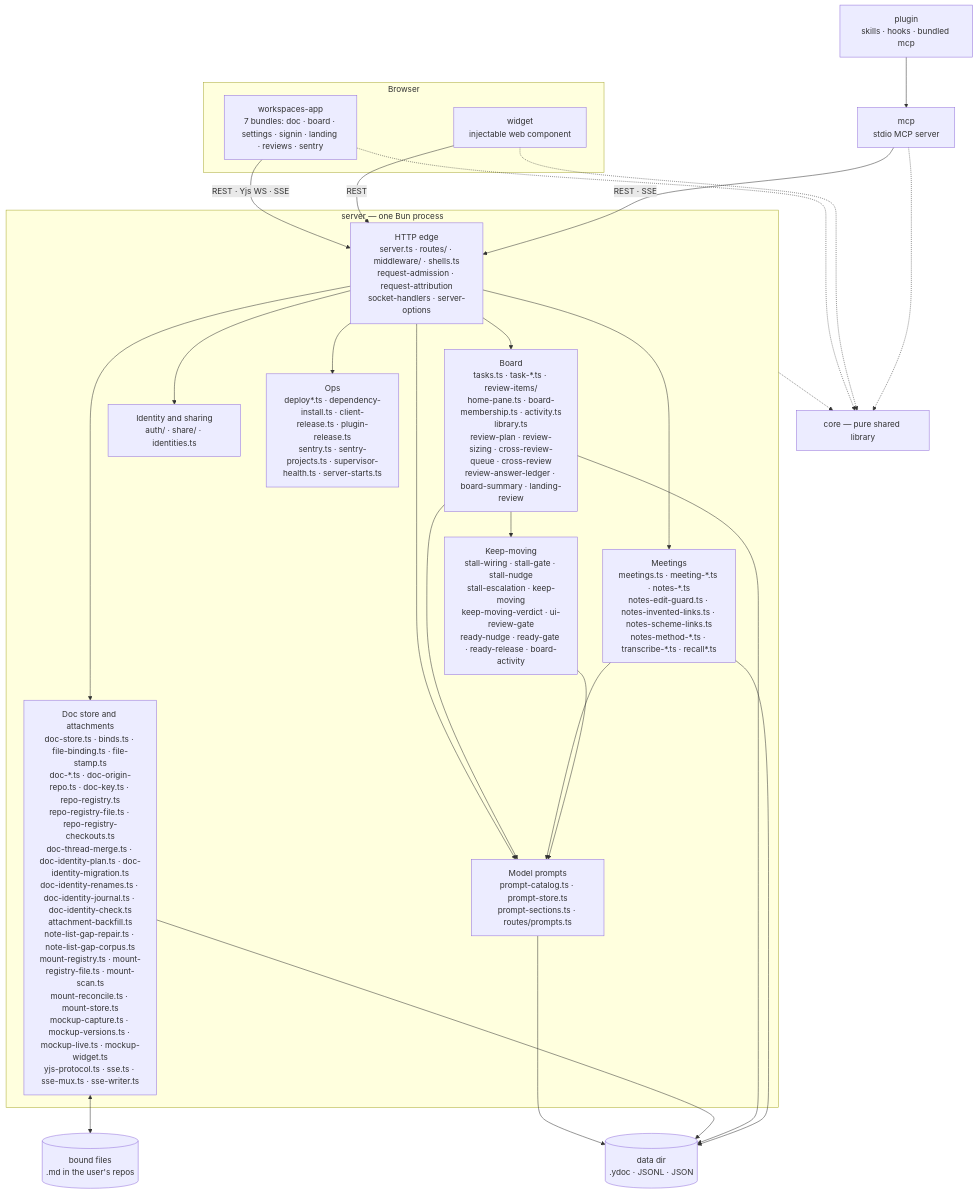
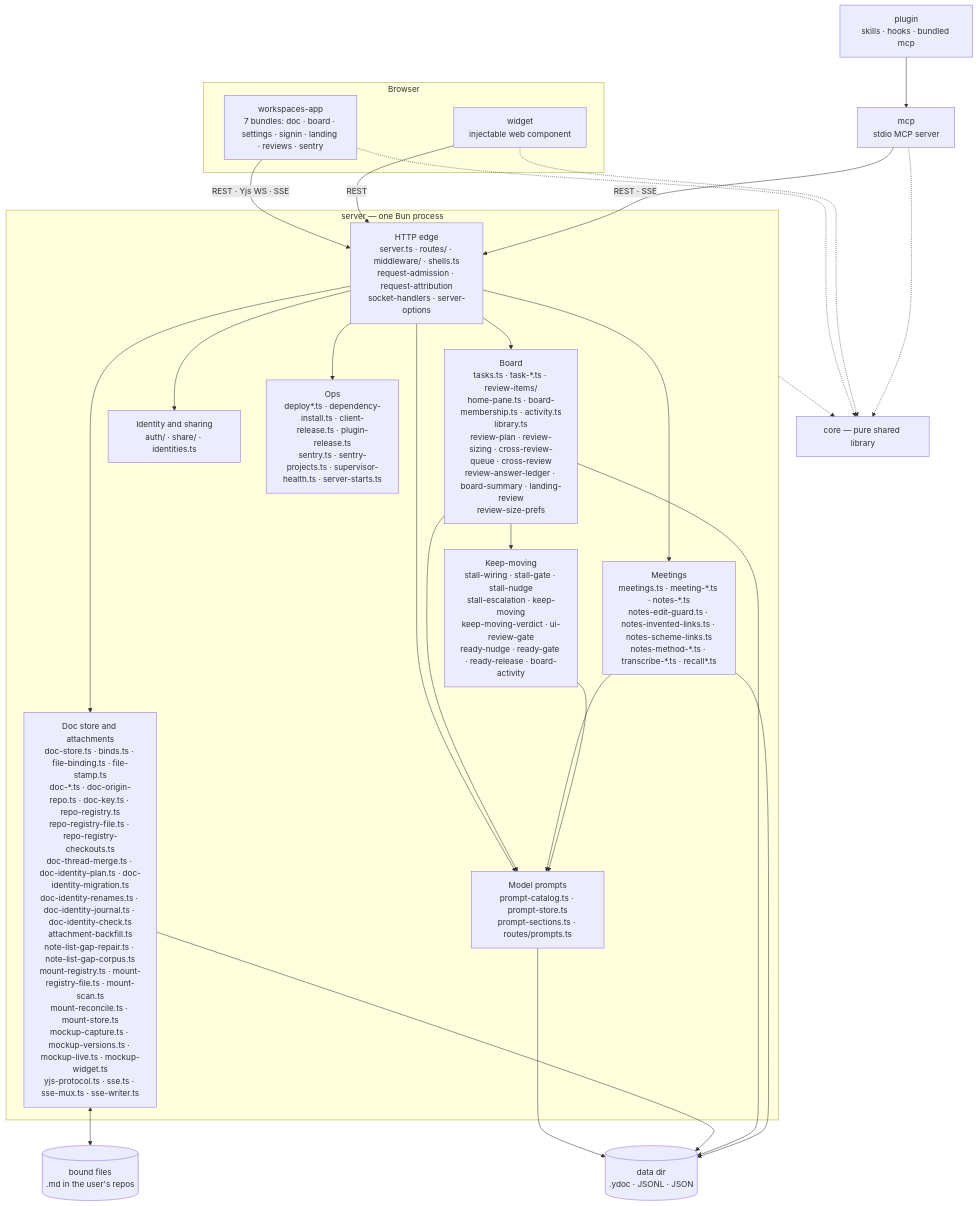
Before and after one commit to fryanpan/claude-workspaces-plugin: the first of 2 diagrams in docs/architecture/overview.md, drawn with Mermaid. The commit also changed other lines of this file and 7 other files, not shown here.

First line of the commit message:
The review size choice follows the signed-in person, stored on the server

````diff
--- a/docs/architecture/overview.md
+++ b/docs/architecture/overview.md
@@ -45,35 +45,35 @@
 ```mermaid
 flowchart TB
   subgraph browser[Browser]
     app["workspaces-app<br/>7 bundles: doc · board · settings · signin · landing · reviews · sentry"]
     wid["widget<br/>injectable web component"]
   end
   plug["plugin<br/>skills · hooks · bundled mcp"]
   mcp["mcp<br/>stdio MCP server"]
   subgraph srv["server — one Bun process"]
     edge["HTTP edge<br/>server.ts · routes/ · middleware/ · shells.ts<br/>request-admission · request-attribution<br/>socket-handlers · server-options"]
     docs["Doc store and attachments<br/>doc-store.ts · binds.ts · file-binding.ts · file-stamp.ts<br/>doc-*.ts · doc-origin-repo.ts · doc-key.ts · repo-registry.ts<br/>repo-registry-file.ts · repo-registry-checkouts.ts<br/>doc-thread-merge.ts · doc-identity-plan.ts · doc-identity-migration.ts<br/>doc-identity-renames.ts · doc-identity-journal.ts · doc-identity-check.ts<br/>attachment-backfill.ts<br/>note-list-gap-repair.ts · note-list-gap-corpus.ts<br/>mount-registry.ts · mount-registry-file.ts · mount-scan.ts<br/>mount-reconcile.ts · mount-store.ts<br/>mockup-capture.ts · mockup-versions.ts · mockup-live.ts · mockup-widget.ts<br/>yjs-protocol.ts · sse.ts · sse-mux.ts · sse-writer.ts"]
-    board["Board<br/>tasks.ts · task-*.ts · review-items/<br/>home-pane.ts · board-membership.ts · activity.ts<br/>library.ts<br/>review-plan · review-sizing · cross-review-queue · cross-review<br/>review-answer-ledger · board-summary · landing-review"]
+    board["Board<br/>tasks.ts · task-*.ts · review-items/<br/>home-pane.ts · board-membership.ts · activity.ts<br/>library.ts<br/>review-plan · review-sizing · cross-review-queue · cross-review<br/>review-answer-ledger · board-summary · landing-review<br/>review-size-prefs"]
     meet["Meetings<br/>meetings.ts · meeting-*.ts · notes-*.ts<br/>notes-edit-guard.ts · notes-invented-links.ts · notes-scheme-links.ts<br/>notes-method-*.ts · transcribe-*.ts · recall*.ts"]
     keep["Keep-moving<br/>stall-wiring · stall-gate · stall-nudge<br/>stall-escalation · keep-moving<br/>keep-moving-verdict · ui-review-gate<br/>ready-nudge · ready-gate · ready-release · board-activity"]
     ident["Identity and sharing<br/>auth/ · share/ · identities.ts"]
     prompts["Model prompts<br/>prompt-catalog.ts · prompt-store.ts<br/>prompt-sections.ts · routes/prompts.ts"]
     ops["Ops<br/>deploy*.ts · dependency-install.ts · client-release.ts · plugin-release.ts<br/>sentry.ts · sentry-projects.ts · supervisor-health.ts · server-starts.ts"]
   end
   core["core — pure shared library"]
   disk[("data dir<br/>.ydoc · JSONL · JSON")]
   files[("bound files<br/>.md in the user's repos")]
 
   app -->|"REST · Yjs WS · SSE"| edge
   wid -->|REST| edge
   plug --> mcp
   mcp -->|"REST · SSE"| edge
   edge --> docs & board & meet & ident & ops & prompts
   board & meet & keep --> prompts
   prompts --> disk
   board --> keep
   docs <--> files
   docs & board & meet --> disk
   app & wid & mcp -.-> core
   srv -.-> core
 ```
````
